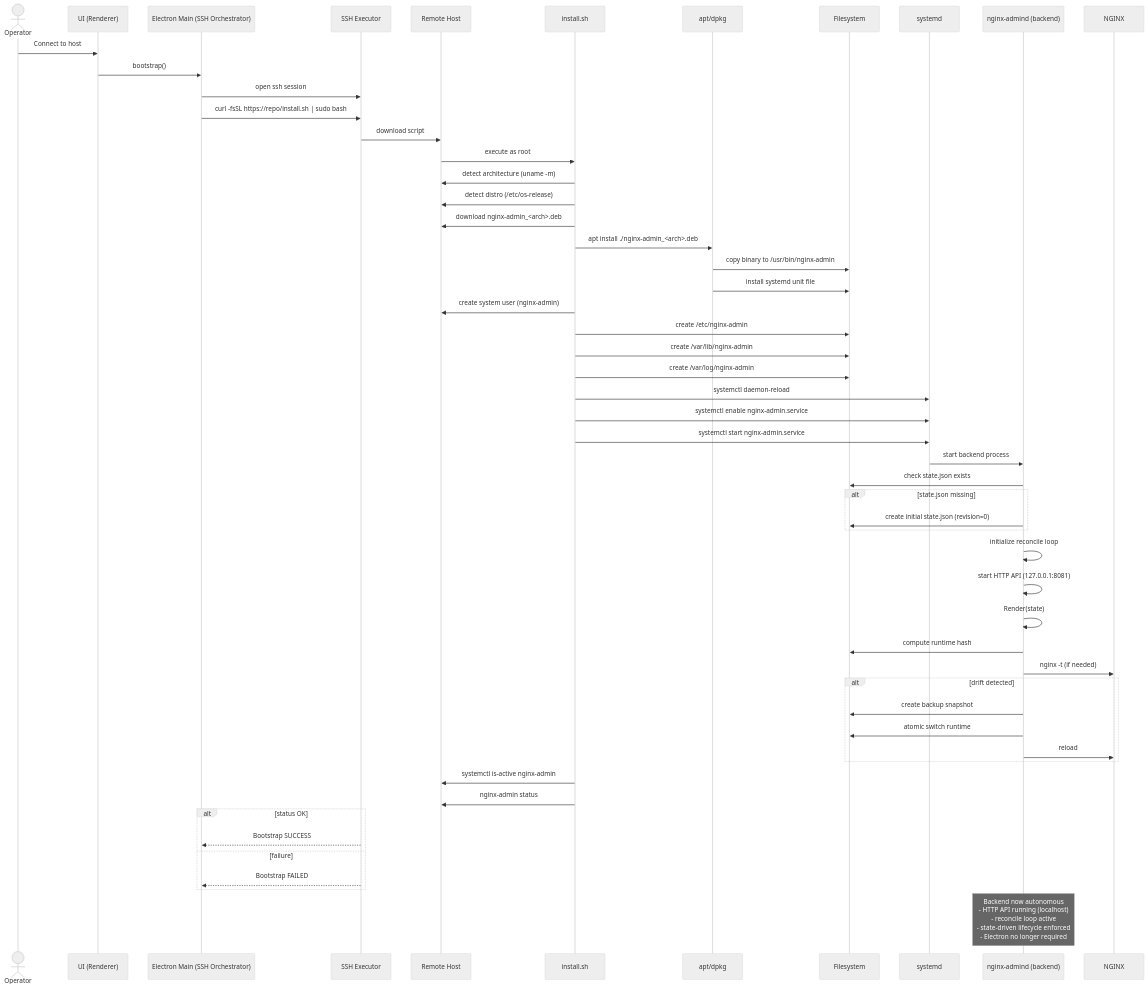
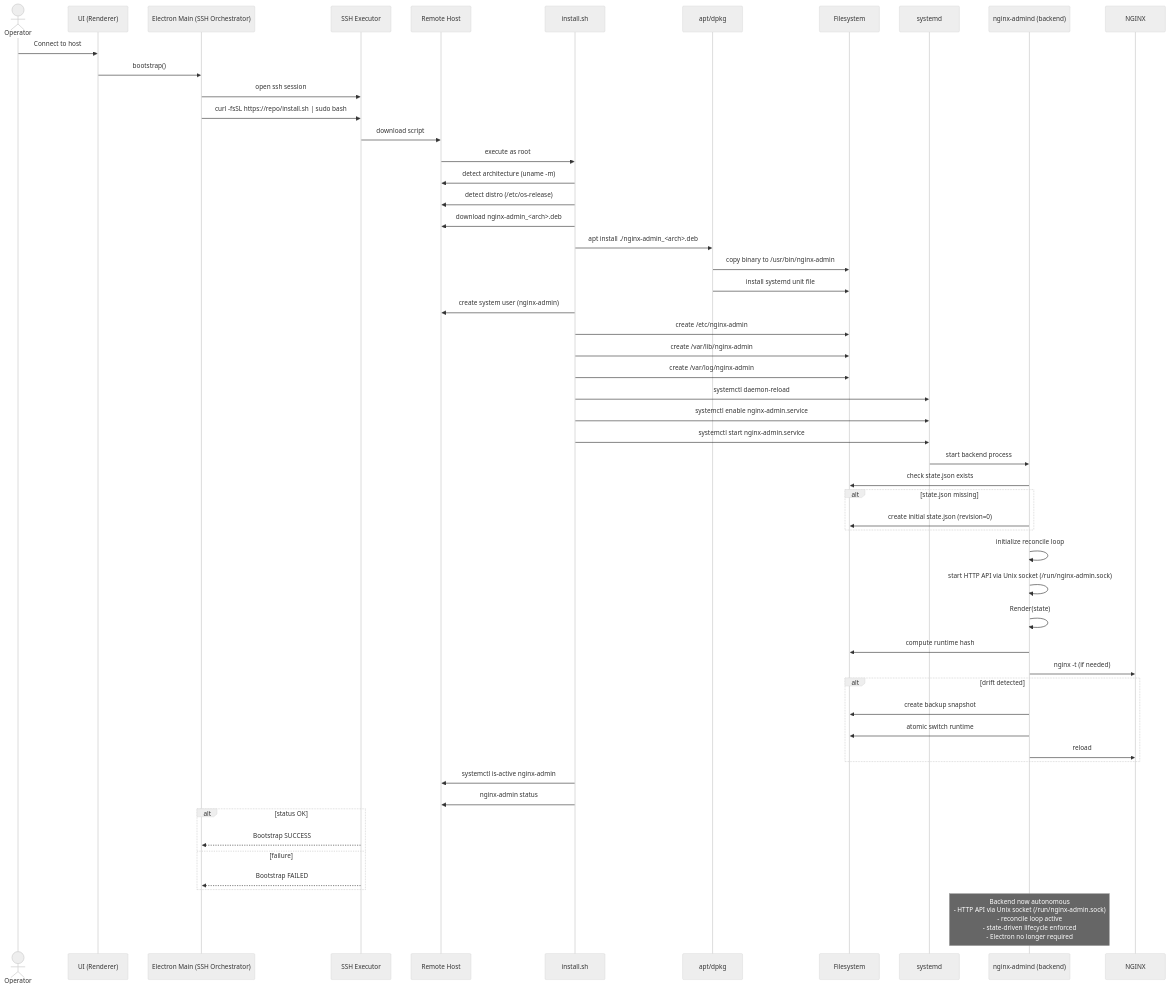
Before and after one commit to Vlashex/nginx-admin: the diagram in docs/diagrams/init-daemon.md, drawn with Mermaid (neutral theme). The commit also changed 4 other files, not shown here.

````diff
--- a/docs/diagrams/init-daemon.md
+++ b/docs/diagrams/init-daemon.md
@@ -3,71 +3,71 @@
 ```mermaid
 sequenceDiagram
   actor Operator
   participant UI as UI (Renderer)
   participant MAIN as Electron Main (SSH Orchestrator)
   participant SSH as SSH Executor
   participant HOST as Remote Host
   participant SCRIPT as install.sh
   participant PKG as apt/dpkg
   participant FS as Filesystem
   participant SD as systemd
   participant DAEMON as nginx-admind (backend)
   participant NGINX as NGINX
 
   %% 1. Operator triggers bootstrap
   Operator->>UI: Connect to host
   UI->>MAIN: bootstrap()
   MAIN->>SSH: open ssh session
 
   %% 2. Execute remote installer
   MAIN->>SSH: curl -fsSL https://repo/install.sh | sudo bash
   SSH->>HOST: download script
   HOST->>SCRIPT: execute as root
 
   %% 3. install.sh logic
   SCRIPT->>HOST: detect architecture (uname -m)
   SCRIPT->>HOST: detect distro (/etc/os-release)
   SCRIPT->>HOST: download nginx-admin_<arch>.deb
   SCRIPT->>PKG: apt install ./nginx-admin_<arch>.deb
 
   PKG->>FS: copy binary to /usr/bin/nginx-admin
   PKG->>FS: install systemd unit file
   SCRIPT->>HOST: create system user (nginx-admin)
   SCRIPT->>FS: create /etc/nginx-admin
   SCRIPT->>FS: create /var/lib/nginx-admin
   SCRIPT->>FS: create /var/log/nginx-admin
   SCRIPT->>SD: systemctl daemon-reload
   SCRIPT->>SD: systemctl enable nginx-admin.service
   SCRIPT->>SD: systemctl start nginx-admin.service
   SD->>DAEMON: start backend process
 
   %% 4. Backend initialization
   DAEMON->>FS: check state.json exists
   alt state.json missing
     DAEMON->>FS: create initial state.json (revision=0)
   end
   DAEMON->>DAEMON: initialize reconcile loop
-  DAEMON->>DAEMON: start HTTP API (127.0.0.1:8081)
+  DAEMON->>DAEMON: start HTTP API via Unix socket (/run/nginx-admin.sock)
 
   %% 5. Initial reconcile
   DAEMON->>DAEMON: Render(state)
   DAEMON->>FS: compute runtime hash
   DAEMON->>NGINX: nginx -t (if needed)
   alt drift detected
     DAEMON->>FS: create backup snapshot
     DAEMON->>FS: atomic switch runtime
     DAEMON->>NGINX: reload
   end
 
   %% 6. Health verification
   SCRIPT->>HOST: systemctl is-active nginx-admin
   SCRIPT->>HOST: nginx-admin status
 
   alt status OK
     SSH-->>MAIN: Bootstrap SUCCESS
   else failure
     SSH-->>MAIN: Bootstrap FAILED
   end
 
-  Note over DAEMON: Backend now autonomous<br/>- HTTP API running (localhost)<br/>- reconcile loop active<br/>- state-driven lifecycle enforced<br/>- Electron no longer required
+  Note over DAEMON: Backend now autonomous<br/>- HTTP API via Unix socket (/run/nginx-admin.sock)<br/>- reconcile loop active<br/>- state-driven lifecycle enforced<br/>- Electron no longer required
 ```
````
